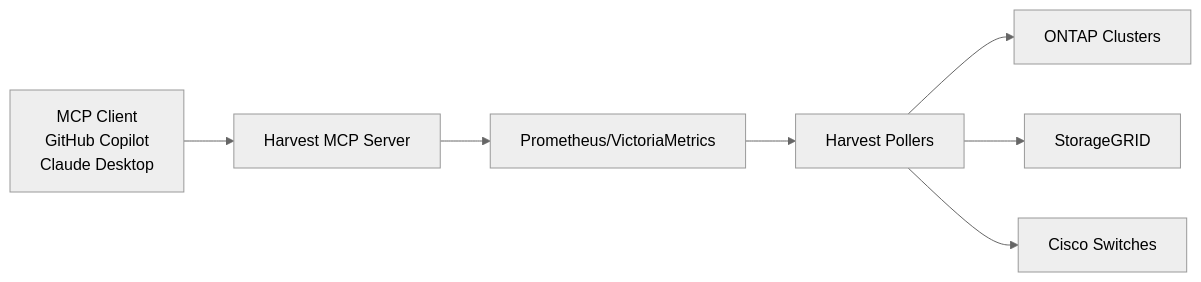
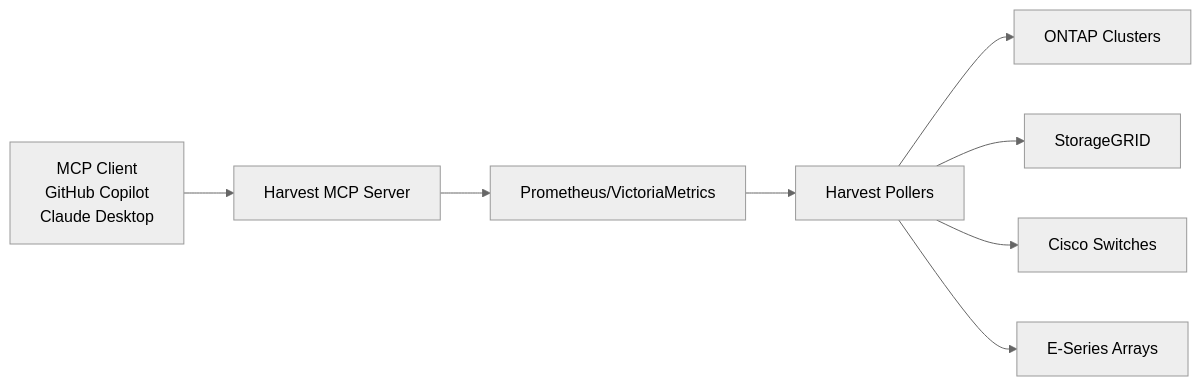
The diagram in docs/mcp/overview.md (NetApp/harvest), drawn with Mermaid (neutral theme) before and after one commit. The commit also changed other lines of this file and 4 other files, not shown here.

````diff
--- a/docs/mcp/overview.md
+++ b/docs/mcp/overview.md
@@ -39,9 +39,10 @@
 ```mermaid
 graph LR
     A[MCP Client<br/>GitHub Copilot<br/>Claude Desktop] --> B[Harvest MCP Server]
     B --> C[Prometheus/VictoriaMetrics]
     C --> D[Harvest Pollers]
     D --> F[ONTAP Clusters]
     D --> G[StorageGRID]  
     D --> H[Cisco Switches]
+    D --> I[E-Series Arrays]
 ```
````
